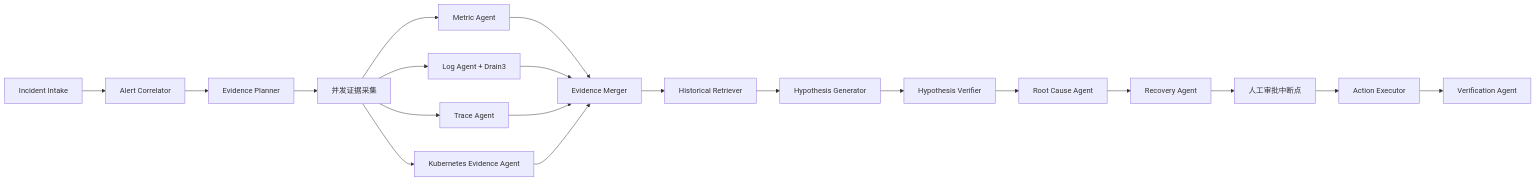
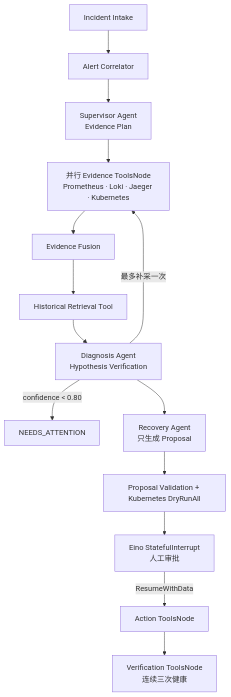
One commit to GongShichen/kubepilot-aiops changed the diagram in README.zh-CN.md. Above: the diagram before and after it, drawn with Mermaid. The commit also changed other lines of this file and 76 other files, not shown here.

Commit message:
refactor: migrate agent runtime to Eino

````diff
--- a/README.zh-CN.md
+++ b/README.zh-CN.md
@@ -23,22 +23,16 @@
 ```mermaid
-flowchart LR
+flowchart TD
     A["Incident Intake"] --> B["Alert Correlator"]
-    B --> C["Evidence Planner"]
-    C --> D["并发证据采集"]
-    D --> M["Metric Agent"]
-    D --> L["Log Agent + Drain3"]
-    D --> T["Trace Agent"]
-    D --> K["Kubernetes Evidence Agent"]
-    M --> E["Evidence Merger"]
-    L --> E
-    T --> E
-    K --> E
-    E --> H["Historical Retriever"]
-    H --> G["Hypothesis Generator"]
-    G --> V["Hypothesis Verifier"]
-    V --> R["Root Cause Agent"]
-    R --> P["Recovery Agent"]
-    P --> I["人工审批中断点"]
-    I --> X["Action Executor"]
-    X --> Q["Verification Agent"]
+    B --> S["Supervisor Agent<br/>Evidence Plan"]
+    S --> T["并行 Evidence ToolsNode<br/>Prometheus · Loki · Jaeger · Kubernetes"]
+    T --> F["Evidence Fusion"]
+    F --> H["Historical Retrieval Tool"]
+    H --> D["Diagnosis Agent<br/>Hypothesis Verification"]
+    D -->|"最多补采一次"| T
+    D -->|"confidence < 0.80"| N["NEEDS_ATTENTION"]
+    D --> R["Recovery Agent<br/>只生成 Proposal"]
+    R --> V["Proposal Validation + Kubernetes DryRunAll"]
+    V --> I["Eino StatefulInterrupt<br/>人工审批"]
+    I -->|"ResumeWithData"| X["Action ToolsNode"]
+    X --> Q["Verification ToolsNode<br/>连续三次健康"]
 ```
````
